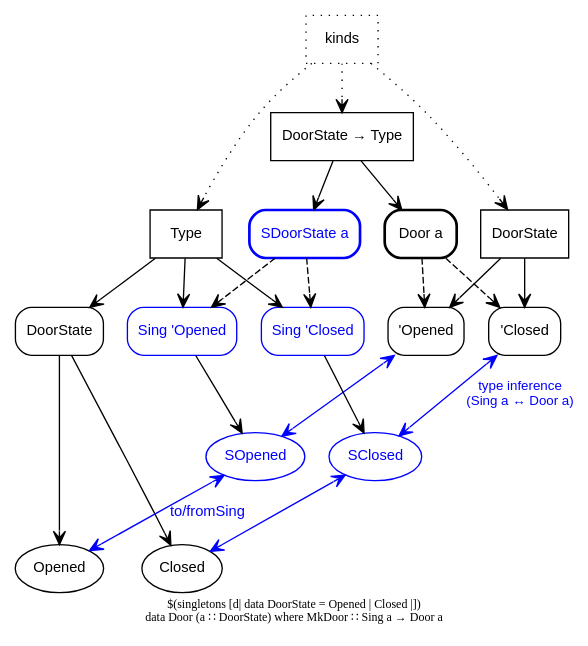
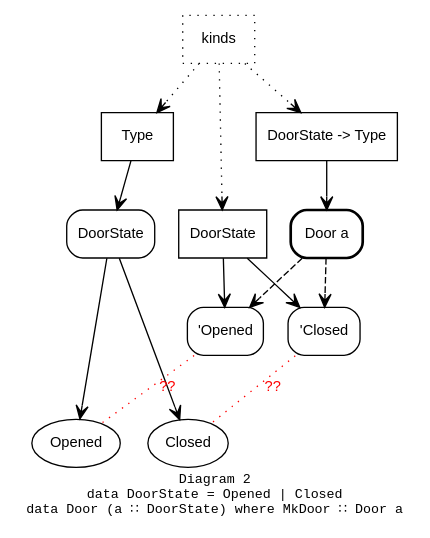
One commit to epoberezkin/poberezkin.com changed the diagram in dot/singletons2.gv. Above: the diagram before and after it, drawn with Graphviz. The commit also changed 4 other files, not shown here.

```diff
--- a/dot/singletons2.gv
+++ b/dot/singletons2.gv
@@ -1,72 +1,52 @@
 digraph DataKinds {
-  label="$(singletons [d| data DoorState = Opened | Closed |])\ndata Door (a ∷ DoorState) where MkDoor ∷ Sing a → Door a"
-  fontname="monaco"
-  fontsize=9
+  label="Diagram 2\ndata DoorState = Opened | Closed\ndata Door (a ∷ DoorState) where MkDoor ∷ Door a"
+  fontname="monospace"
+  fontsize=10
   edge [ arrowhead=open
        , arrowtail=open
        , fontname="arial"
        , fontsize=11 ]
   node [ fontname="arial"
        , fontsize=11 ]
 
   subgraph DoorState {
     t [label=DoorState, shape=box, style=rounded]
     o [label=Opened]
     c [label=Closed]
     t -> o
     t -> c
   }
 
   subgraph DoorState_kind {
     node [shape=box]
     k [label=DoorState]
     to [label="'Opened", style=rounded]
     tc [label="'Closed", style=rounded]
     k -> to
     k -> tc
   }
 
   d [label="Door a", shape=box, style="rounded,bold"]
   d -> to [style=dashed]
   d -> tc [style=dashed]
 
   Type [shape=box]
   Type -> t
 
-  dk [label="DoorState → Type", shape=box]
+  dk [label="DoorState -> Type", shape=box]
   dk -> d
 
   subgraph Kinds {
     edge [style=dotted]
     kinds [style=dotted, shape=box]
     kinds -> Type
     kinds -> k
     kinds -> dk
   }
 
-  subgraph SDoorState {
-    node [color=blue, style=rounded, fontcolor=blue]
-    ts [label="SDoorState a", shape=box, style="rounded,bold"]
-    tso [label="Sing 'Opened", shape=box]
-    tsc [label="Sing 'Closed", shape=box]
-    so [label="SOpened"]
-    sc [label="SClosed"]
-    ts -> tso [style=dashed]
-    ts -> tsc [style=dashed]
-    tso -> so
-    tsc -> sc
-  }
-
-  dk -> ts
-
-  Type -> tso
-  Type -> tsc
-
-  subgraph Singleton_Connections {
-    edge [dir=both, color=blue, fontcolor=blue]
-    to -> so
-    tc -> sc [label="type inference\n(Sing a ↔ Door a)", fontsize=10]
-    so -> o [label="to/fromSing"]
-    sc -> c
+  subgraph No_Connection {
+    edge [dir=none, color=red, style=dotted, label="??", fontcolor=red]
+    to -> o
+    tc -> c
   }
 }
```
